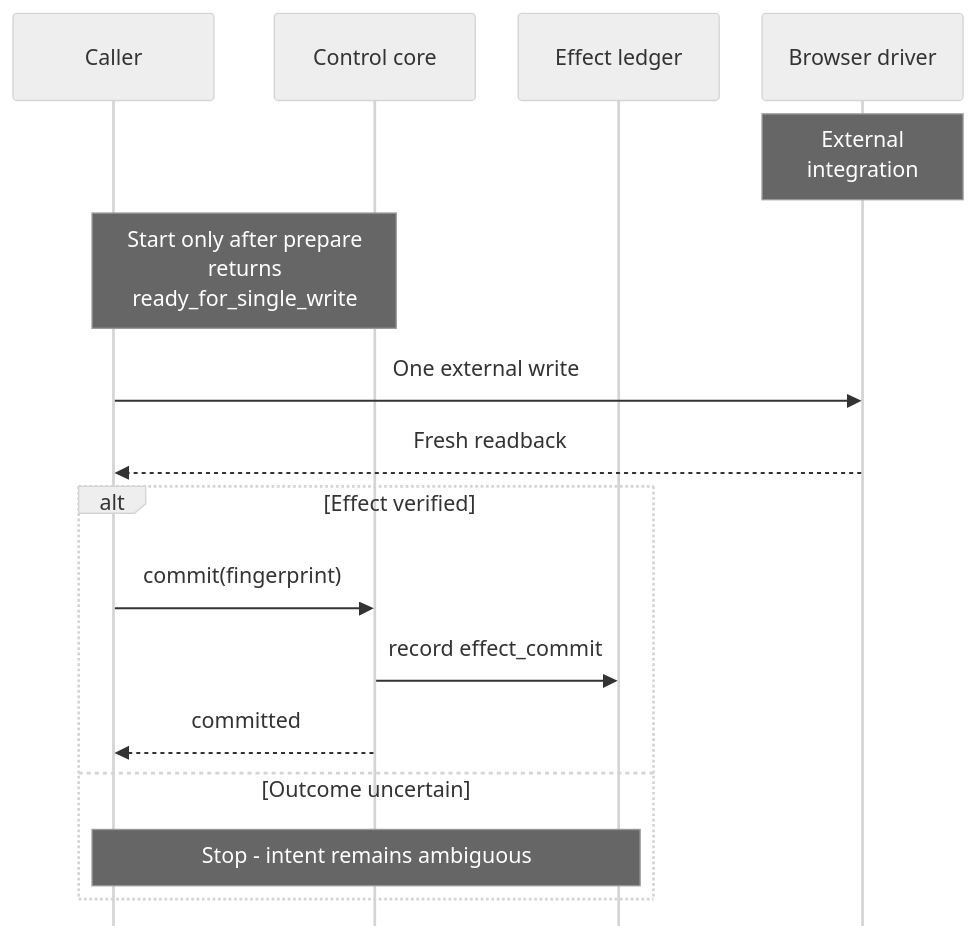
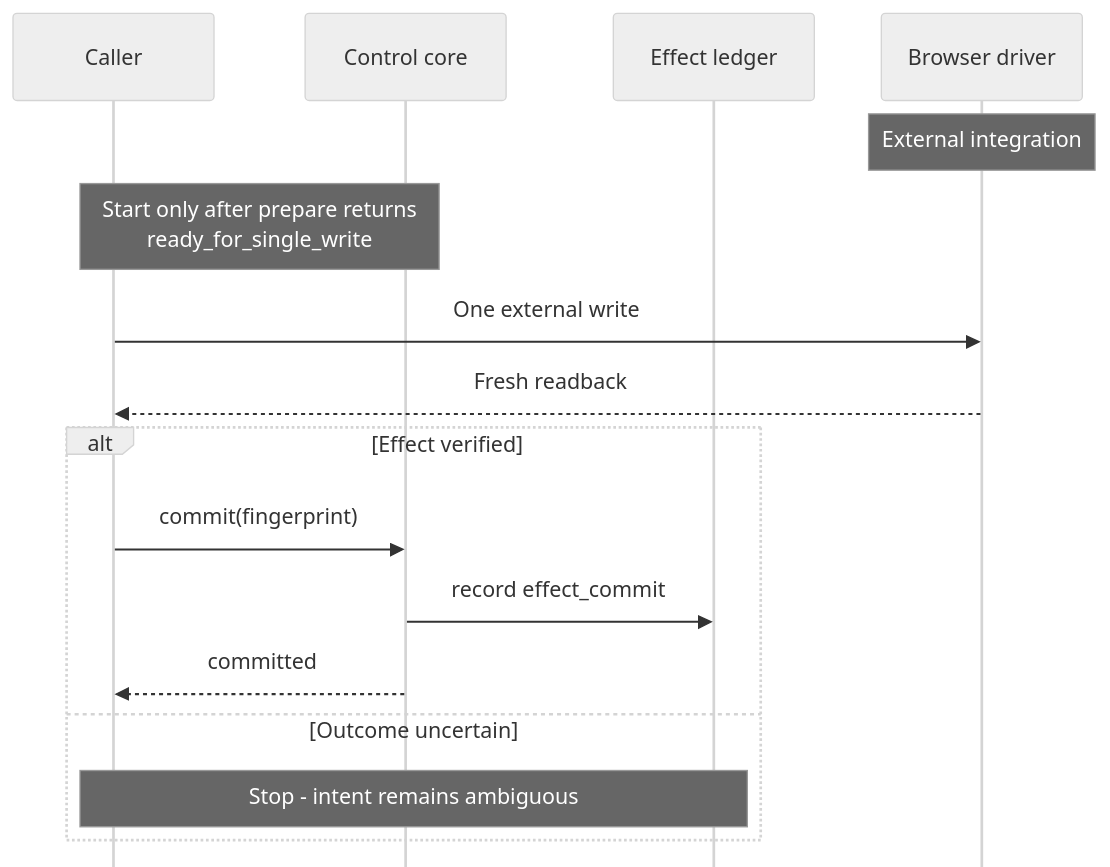
One commit to Niyam-Paneru/attended-browser-bridge changed the second of 2 diagrams in README.md. Above: the diagram before and after it, drawn with Mermaid (neutral theme). The commit also changed other lines of this file, not shown here.

Commit message:
Keep sequence function labels unbroken

````diff
--- a/README.md
+++ b/README.md
@@ -47,28 +47,28 @@
 ```mermaid
 ---
 config:
   sequence:
-    actorMargin: 32
+    actorMargin: 50
     messageMargin: 28
     mirrorActors: false
-    wrap: true
+    wrap: false
 ---
 sequenceDiagram
     accTitle: Write once and verify the browser effect
     accDescr: Sequence for write once and verify the browser effect.
     participant Caller
     participant Core as Control core
     participant Ledger as Effect ledger
     participant Driver as Browser driver
     Note over Driver: External integration
-    Note over Caller,Core: Start only after prepare returns ready_for_single_write
+    Note over Caller,Core: Start only after prepare returns<br/>ready_for_single_write
     Caller->>Driver: One external write
     Driver-->>Caller: Fresh readback
     alt Effect verified
         Caller->>Core: commit(fingerprint)
         Core->>Ledger: record effect_commit
         Core-->>Caller: committed
     else Outcome uncertain
         Note over Caller,Ledger: Stop - intent remains ambiguous
     end
 ```
````
